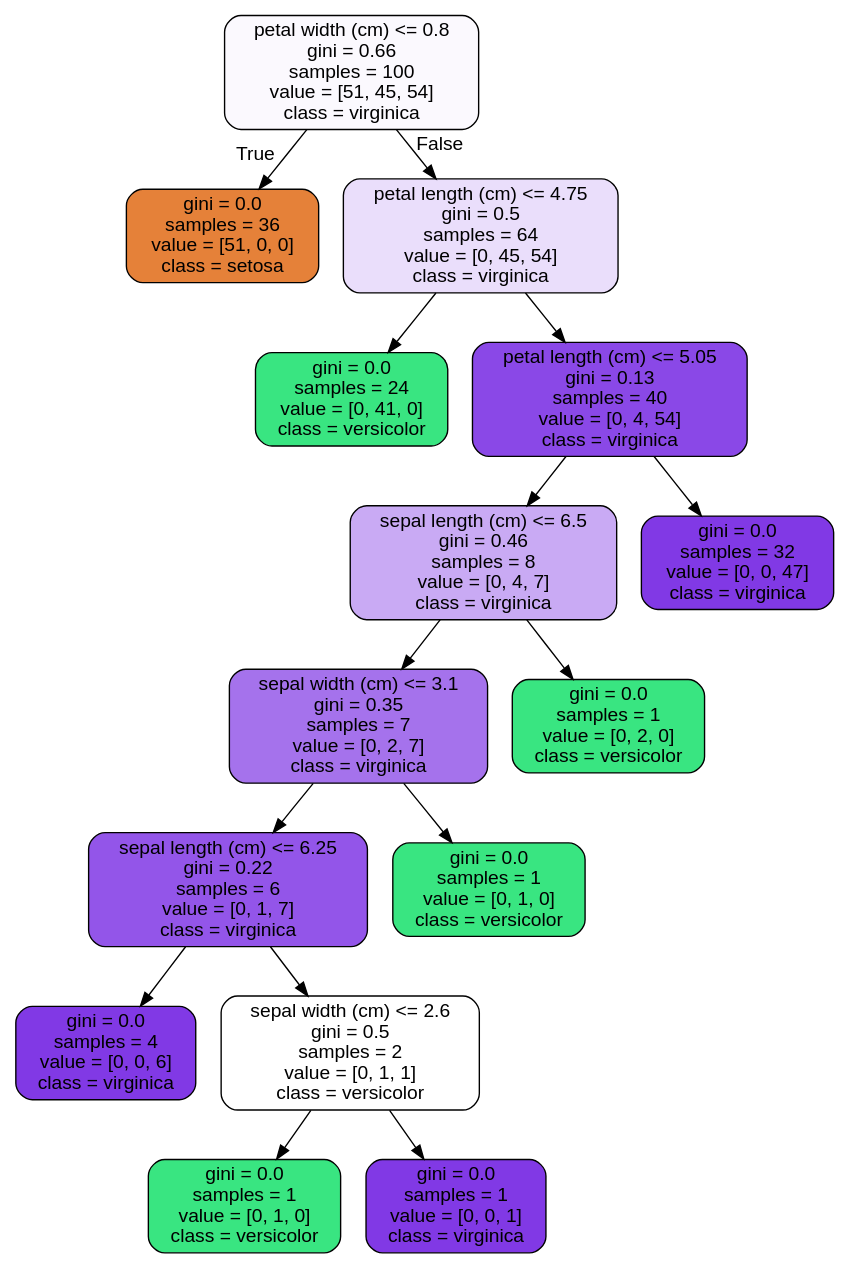
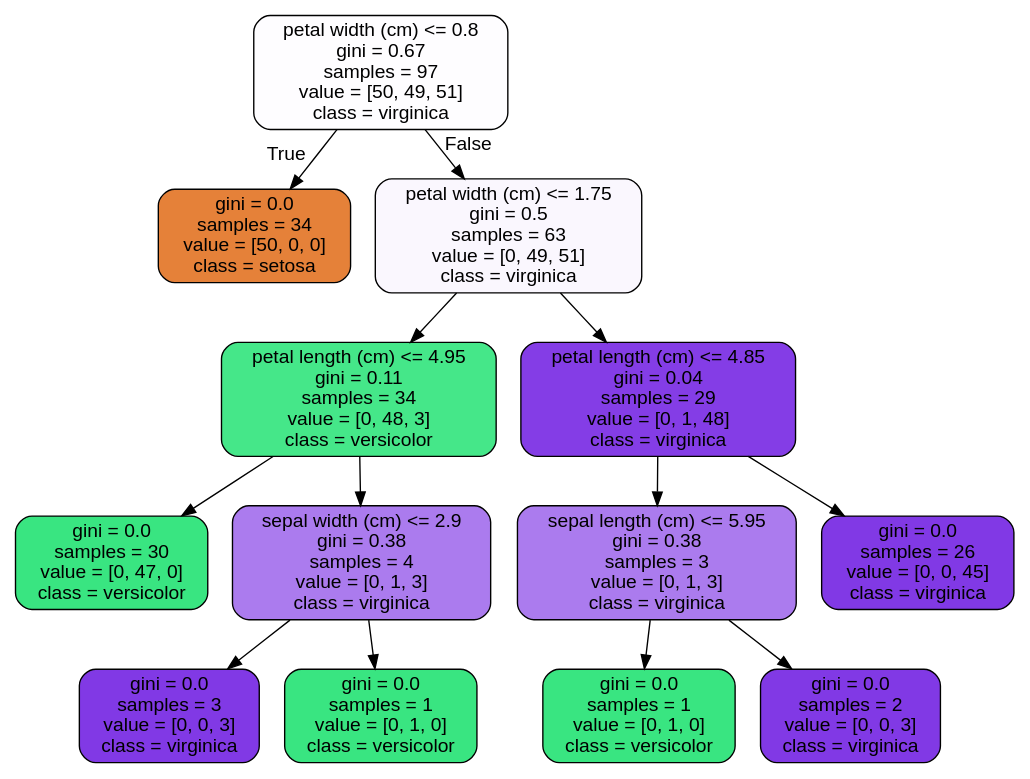
Before and after one commit to bauyrjanj/RandomForest: the diagram in tree.dot, drawn with Graphviz. The commit also changed 3 other files, not shown here.

```diff
--- a/tree.dot
+++ b/tree.dot
@@ -1,33 +1,29 @@
 digraph Tree {
 node [shape=box, style="filled, rounded", color="black", fontname=helvetica] ;
 edge [fontname=helvetica] ;
-0 [label="petal width (cm) <= 0.8\ngini = 0.66\nsamples = 100\nvalue = [51, 45, 54]\nclass = virginica", fillcolor="#fbf9fe"] ;
-1 [label="gini = 0.0\nsamples = 36\nvalue = [51, 0, 0]\nclass = setosa", fillcolor="#e58139"] ;
+0 [label="petal width (cm) <= 0.8\ngini = 0.67\nsamples = 97\nvalue = [50, 49, 51]\nclass = virginica", fillcolor="#fefdff"] ;
+1 [label="gini = 0.0\nsamples = 34\nvalue = [50, 0, 0]\nclass = setosa", fillcolor="#e58139"] ;
 0 -> 1 [labeldistance=2.5, labelangle=45, headlabel="True"] ;
-2 [label="petal length (cm) <= 4.75\ngini = 0.5\nsamples = 64\nvalue = [0, 45, 54]\nclass = virginica", fillcolor="#eadefb"] ;
+2 [label="petal width (cm) <= 1.75\ngini = 0.5\nsamples = 63\nvalue = [0, 49, 51]\nclass = virginica", fillcolor="#faf7fe"] ;
 0 -> 2 [labeldistance=2.5, labelangle=-45, headlabel="False"] ;
-3 [label="gini = 0.0\nsamples = 24\nvalue = [0, 41, 0]\nclass = versicolor", fillcolor="#39e581"] ;
+3 [label="petal length (cm) <= 4.95\ngini = 0.11\nsamples = 34\nvalue = [0, 48, 3]\nclass = versicolor", fillcolor="#45e789"] ;
 2 -> 3 ;
-4 [label="petal length (cm) <= 5.05\ngini = 0.13\nsamples = 40\nvalue = [0, 4, 54]\nclass = virginica", fillcolor="#8a48e7"] ;
-2 -> 4 ;
-5 [label="sepal length (cm) <= 6.5\ngini = 0.46\nsamples = 8\nvalue = [0, 4, 7]\nclass = virginica", fillcolor="#c9aaf4"] ;
-4 -> 5 ;
-6 [label="sepal width (cm) <= 3.1\ngini = 0.35\nsamples = 7\nvalue = [0, 2, 7]\nclass = virginica", fillcolor="#a572ec"] ;
+4 [label="gini = 0.0\nsamples = 30\nvalue = [0, 47, 0]\nclass = versicolor", fillcolor="#39e581"] ;
+3 -> 4 ;
+5 [label="sepal width (cm) <= 2.9\ngini = 0.38\nsamples = 4\nvalue = [0, 1, 3]\nclass = virginica", fillcolor="#ab7bee"] ;
+3 -> 5 ;
+6 [label="gini = 0.0\nsamples = 3\nvalue = [0, 0, 3]\nclass = virginica", fillcolor="#8139e5"] ;
 5 -> 6 ;
-7 [label="sepal length (cm) <= 6.25\ngini = 0.22\nsamples = 6\nvalue = [0, 1, 7]\nclass = virginica", fillcolor="#9355e9"] ;
-6 -> 7 ;
-8 [label="gini = 0.0\nsamples = 4\nvalue = [0, 0, 6]\nclass = virginica", fillcolor="#8139e5"] ;
-7 -> 8 ;
-9 [label="sepal width (cm) <= 2.6\ngini = 0.5\nsamples = 2\nvalue = [0, 1, 1]\nclass = versicolor", fillcolor="#ffffff"] ;
-7 -> 9 ;
+7 [label="gini = 0.0\nsamples = 1\nvalue = [0, 1, 0]\nclass = versicolor", fillcolor="#39e581"] ;
+5 -> 7 ;
+8 [label="petal length (cm) <= 4.85\ngini = 0.04\nsamples = 29\nvalue = [0, 1, 48]\nclass = virginica", fillcolor="#843de6"] ;
+2 -> 8 ;
+9 [label="sepal length (cm) <= 5.95\ngini = 0.38\nsamples = 3\nvalue = [0, 1, 3]\nclass = virginica", fillcolor="#ab7bee"] ;
+8 -> 9 ;
 10 [label="gini = 0.0\nsamples = 1\nvalue = [0, 1, 0]\nclass = versicolor", fillcolor="#39e581"] ;
 9 -> 10 ;
-11 [label="gini = 0.0\nsamples = 1\nvalue = [0, 0, 1]\nclass = virginica", fillcolor="#8139e5"] ;
+11 [label="gini = 0.0\nsamples = 2\nvalue = [0, 0, 3]\nclass = virginica", fillcolor="#8139e5"] ;
 9 -> 11 ;
-12 [label="gini = 0.0\nsamples = 1\nvalue = [0, 1, 0]\nclass = versicolor", fillcolor="#39e581"] ;
-6 -> 12 ;
-13 [label="gini = 0.0\nsamples = 1\nvalue = [0, 2, 0]\nclass = versicolor", fillcolor="#39e581"] ;
-5 -> 13 ;
-14 [label="gini = 0.0\nsamples = 32\nvalue = [0, 0, 47]\nclass = virginica", fillcolor="#8139e5"] ;
-4 -> 14 ;
+12 [label="gini = 0.0\nsamples = 26\nvalue = [0, 0, 45]\nclass = virginica", fillcolor="#8139e5"] ;
+8 -> 12 ;
 }
```
